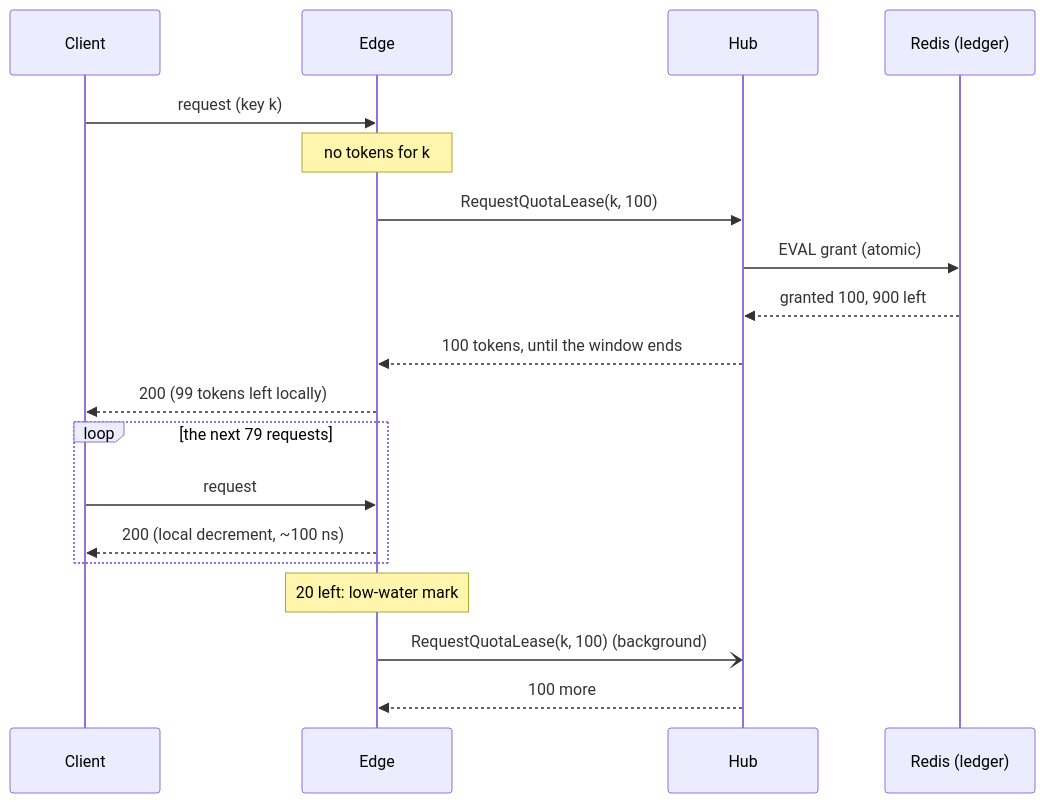
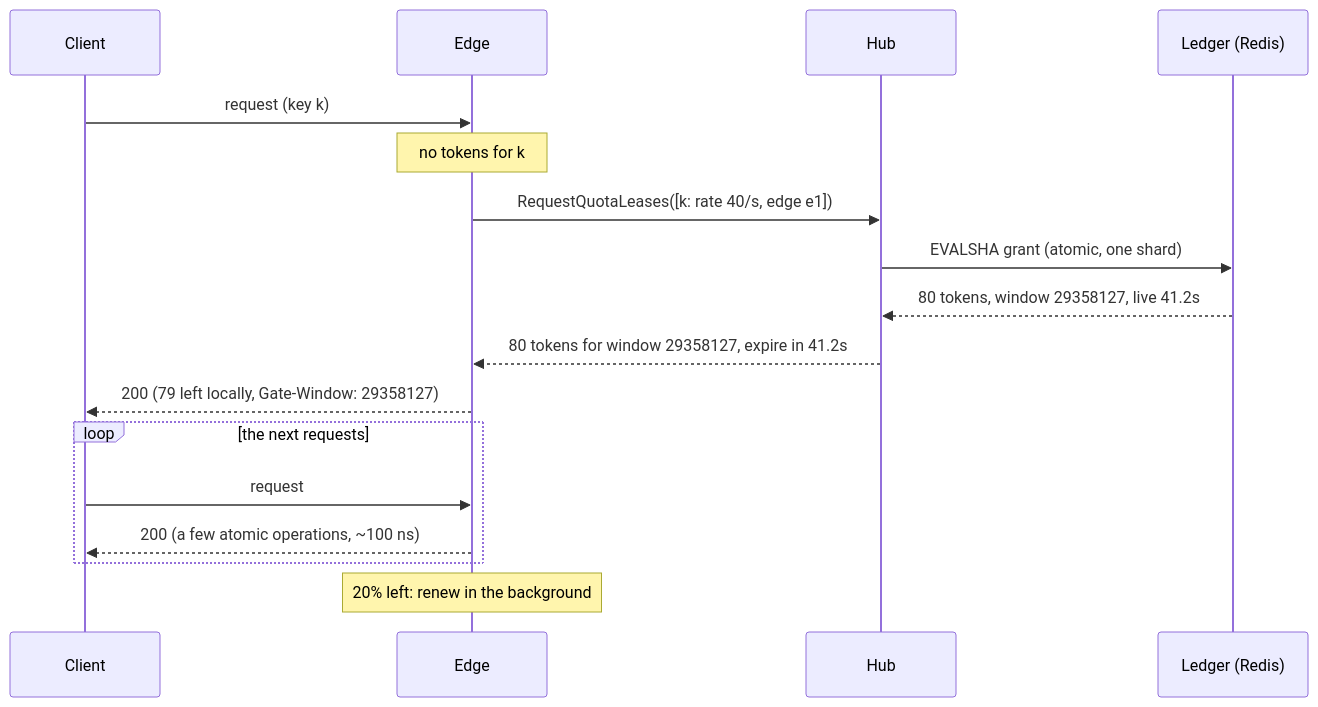
Before and after one commit to erdnuz/gateway: the first of 2 diagrams in docs/design/distributed-rate-limiting.md, drawn with Mermaid. The commit also changed other lines of this file and 59 other files, not shown here.

````diff
--- a/docs/design/distributed-rate-limiting.md
+++ b/docs/design/distributed-rate-limiting.md
@@ -23,21 +24,19 @@
 ```mermaid
 sequenceDiagram
     participant C as Client
     participant E as Edge
     participant H as Hub
-    participant R as Redis (ledger)
+    participant R as Ledger (Redis)
     C->>E: request (key k)
     Note over E: no tokens for k
-    E->>H: RequestQuotaLease(k, 100)
-    H->>R: EVAL grant (atomic)
-    R-->>H: granted 100, 900 left
-    H-->>E: 100 tokens, until the window ends
-    E-->>C: 200 (99 tokens left locally)
-    loop the next 79 requests
+    E->>H: RequestQuotaLeases([k: rate 40/s, edge e1])
+    H->>R: EVALSHA grant (atomic, one shard)
+    R-->>H: 80 tokens, window 29358127, live 41.2s
+    H-->>E: 80 tokens for window 29358127, expire in 41.2s
+    E-->>C: 200 (79 left locally, Gate-Window: 29358127)
+    loop the next requests
         C->>E: request
-        E-->>C: 200 (local decrement, ~100 ns)
+        E-->>C: 200 (a few atomic operations, ~100 ns)
     end
-    Note over E: 20 left: low-water mark
-    E-)H: RequestQuotaLease(k, 100) (background)
-    H-->>E: 100 more
+    Note over E: 20% left: renew in the background
 ```
````
